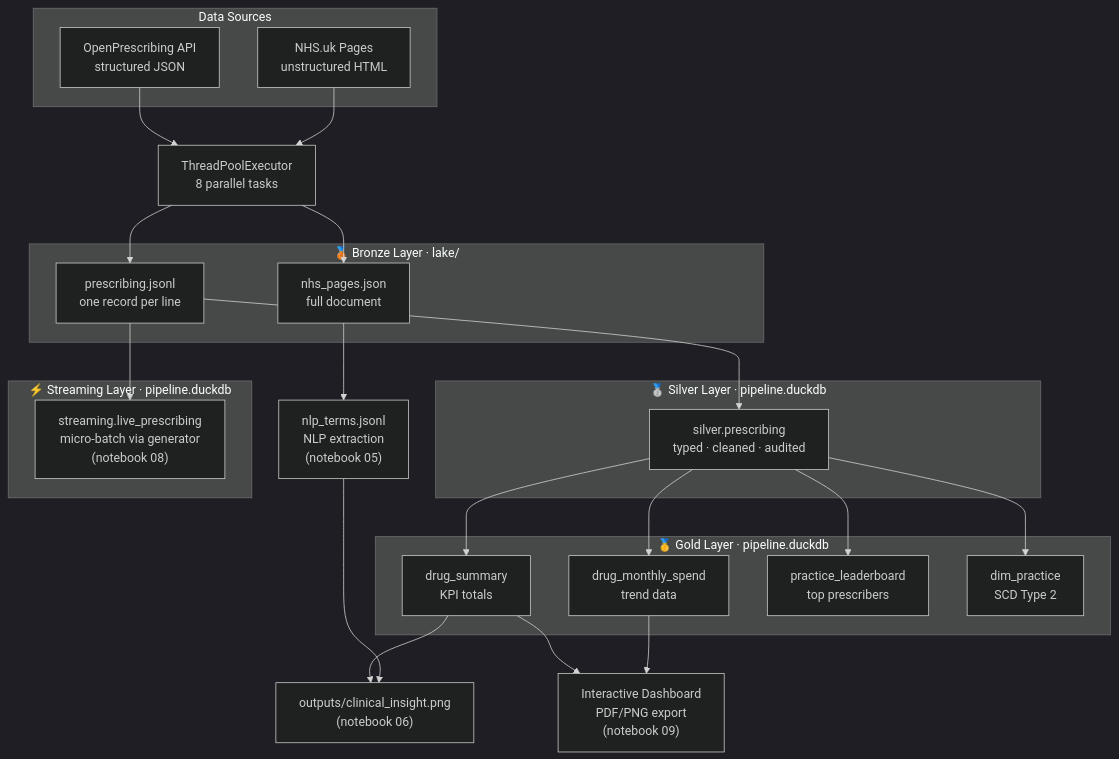
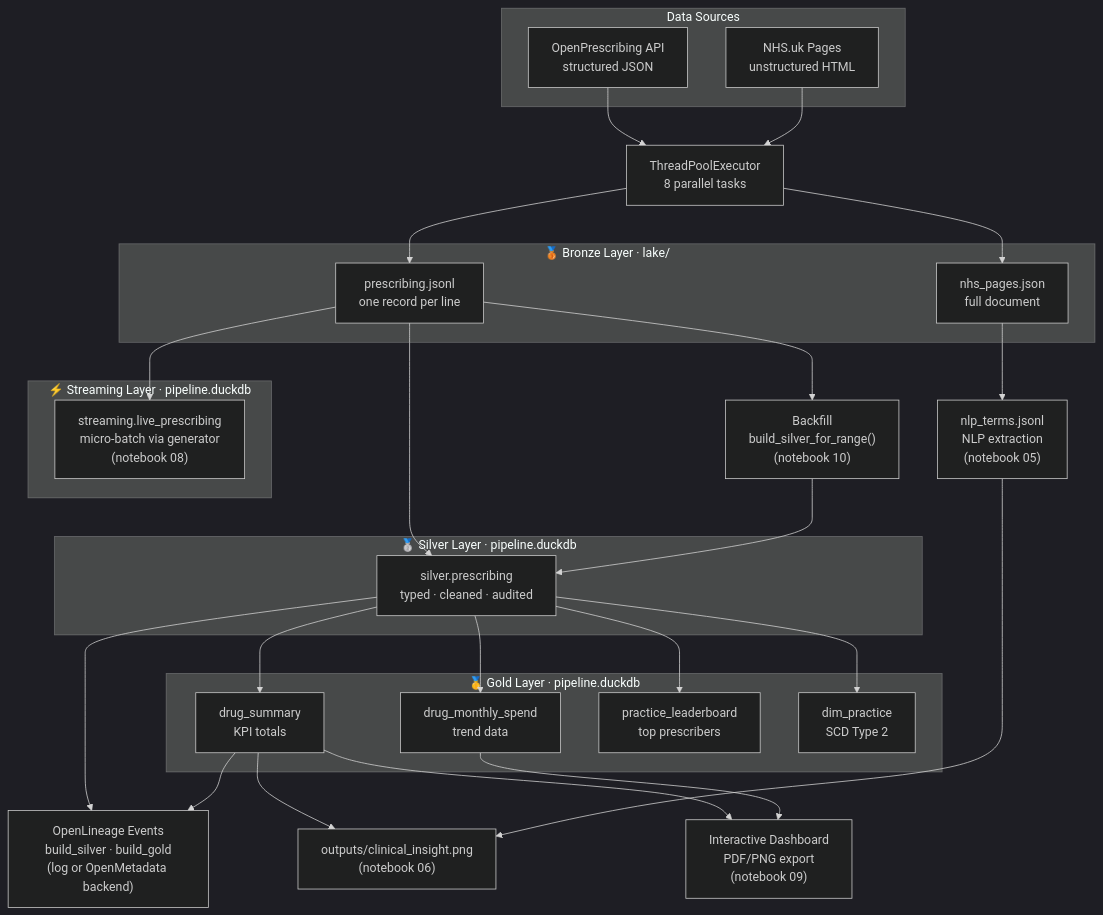
One commit to po-DRA/uk-healthcare-big-data-pipeline changed the first of 3 diagrams in README.md. Above: the diagram before and after it, drawn with Mermaid (dark theme). The commit also changed other lines of this file and 14 other files, not shown here.

````diff
--- a/README.md
+++ b/README.md
@@ -81,49 +84,55 @@
 ```mermaid
 flowchart TD
     subgraph sources["Data Sources"]
         A["OpenPrescribing API\nstructured JSON"]
         B["NHS.uk Pages\nunstructured HTML"]
     end
 
     C["ThreadPoolExecutor\n8 parallel tasks"]
 
     subgraph bronze["🥉 Bronze Layer · lake/"]
         D["prescribing.jsonl\none record per line"]
         E["nhs_pages.json\nfull document"]
     end
 
     subgraph silver["🥈 Silver Layer · pipeline.duckdb"]
         F["silver.prescribing\ntyped · cleaned · audited"]
     end
 
     subgraph gold["🥇 Gold Layer · pipeline.duckdb"]
         G["drug_summary\nKPI totals"]
         H["drug_monthly_spend\ntrend data"]
         I["practice_leaderboard\ntop prescribers"]
         J["dim_practice\nSCD Type 2"]
     end
 
     subgraph streaming["⚡ Streaming Layer · pipeline.duckdb"]
         K["streaming.live_prescribing\nmicro-batch via generator\n(notebook 08)"]
     end
 
     L["nlp_terms.jsonl\nNLP extraction\n(notebook 05)"]
     M["outputs/clinical_insight.png\n(notebook 06)"]
     N["Interactive Dashboard\nPDF/PNG export\n(notebook 09)"]
+    O["OpenLineage Events\nbuild_silver · build_gold\n(log or OpenMetadata backend)"]
+    P["Backfill\nbuild_silver_for_range()\n(notebook 10)"]
 
     A --> C
     B --> C
     C --> D
     C --> E
     D --> F
     D --> K
     E --> L
     F --> G
     F --> H
     F --> I
     F --> J
+    F --> O
     G --> M
     G --> N
+    G --> O
     H --> N
     L --> M
+    D --> P
+    P --> F
 ```
````
